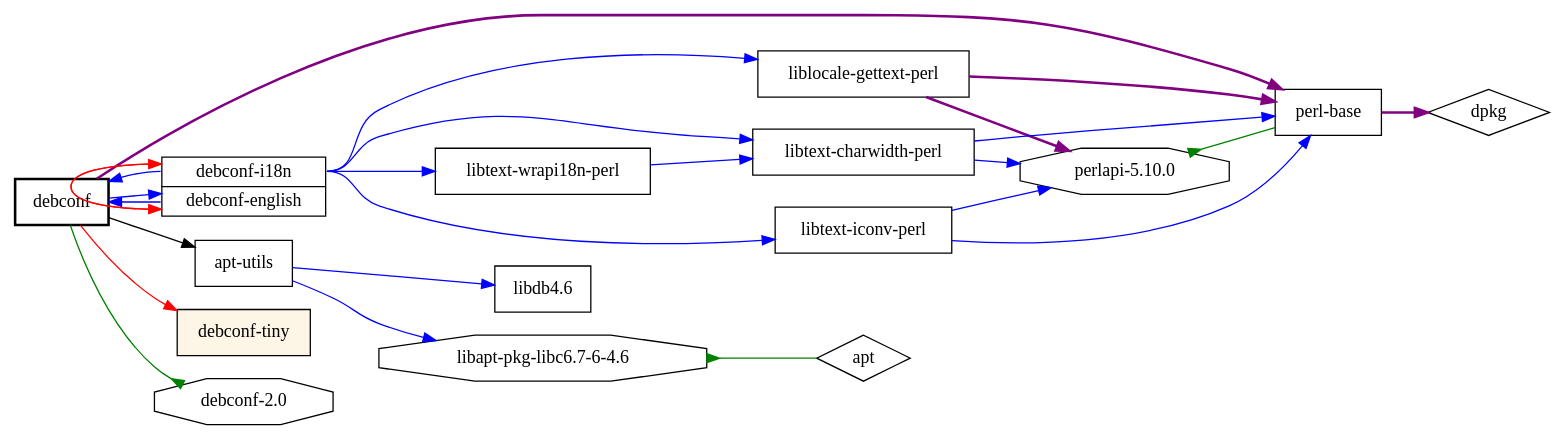
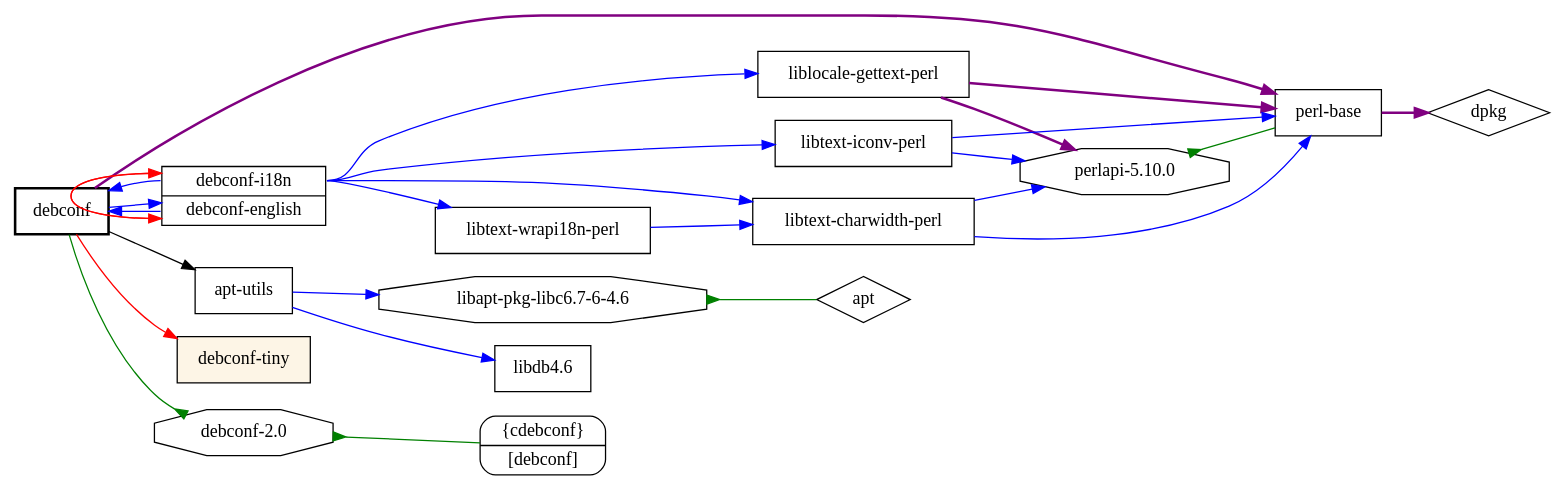
One commit to juandesant/debtree changed the diagram in testset/debconf4.dot. Above: the diagram before and after it, drawn with Graphviz. The commit also changed 22 other files, not shown here.

```diff
--- a/testset/debconf4.dot
+++ b/testset/debconf4.dot
@@ -1,42 +1,48 @@
 digraph "debconf" {
 	rankdir=LR;
 	node [shape=box];
 	"debconf" -> "perl-base" [color=purple,style=bold];
 	"perl-base" -> "dpkg" [color=purple,style=bold];
 	"debconf" -> "alt1" [color=blue];
 	"alt1":"debconf-i18n" -> "debconf" [color=blue];
 	"alt1":"debconf-i18n" -> "liblocale-gettext-perl" [color=blue];
 	"liblocale-gettext-perl" -> "perl-base" [color=purple,style=bold];
 	"liblocale-gettext-perl" -> "perlapi-5.10.0" [color=purple,style=bold];
 	"perlapi-5.10.0" -> "perl-base" [dir=back,arrowtail=inv,color=green];
 	"perlapi-5.10.0" [shape=octagon];
 	"alt1":"debconf-i18n" -> "libtext-iconv-perl" [color=blue];
 	"libtext-iconv-perl" -> "perl-base" [color=blue];
 	"libtext-iconv-perl" -> "perlapi-5.10.0" [color=blue];
 	"alt1":"debconf-i18n" -> "libtext-wrapi18n-perl" [color=blue];
 	"libtext-wrapi18n-perl" -> "libtext-charwidth-perl" [color=blue];
 	"libtext-charwidth-perl" -> "perl-base" [color=blue];
 	"libtext-charwidth-perl" -> "perlapi-5.10.0" [color=blue];
 	"alt1":"debconf-i18n" -> "libtext-charwidth-perl" [color=blue];
 	"alt1":"debconf-i18n" -> "alt1":"debconf-english" [color=red];
 	"alt1":"debconf-english" -> "debconf" [color=blue];
 	"alt1":"debconf-english" -> "alt1":"debconf-i18n" [color=red];
 	"debconf" -> "apt-utils";
 	"apt-utils" -> "libapt-pkg-libc6.7-6-4.6" [color=blue];
 	"libapt-pkg-libc6.7-6-4.6" -> "apt" [dir=back,arrowtail=inv,color=green];
 	"libapt-pkg-libc6.7-6-4.6" [shape=octagon];
 	"apt-utils" -> "libdb4.6" [color=blue];
 	"debconf" -> "debconf-tiny" [color=red];
 	"debconf" -> "debconf-2.0" [arrowhead=inv,color=green];
+	"debconf-2.0" -> virt1 [dir=back,arrowtail=inv,color=green];
 	"debconf-2.0" [shape=octagon];
 	"debconf" [style="setlinewidth(2)"]
 	"debconf-tiny" [style=filled,fillcolor=oldlace];
 	alt1 [
 		shape = "record"
 		label = "<debconf-i18n> debconf-i18n | <debconf-english> debconf-english"
 	]
+	virt1 [
+		shape = "record"
+		style = "rounded"
+		label = "<cdebconf> \{cdebconf\} | <debconf> [debconf]"
+	]
+	"apt" [shape=diamond];
 	"dpkg" [shape=diamond];
-	"apt" [shape=diamond];
 }
 // Excluded dependencies:
 // libc6 libgcc1 libstdc++6
```
